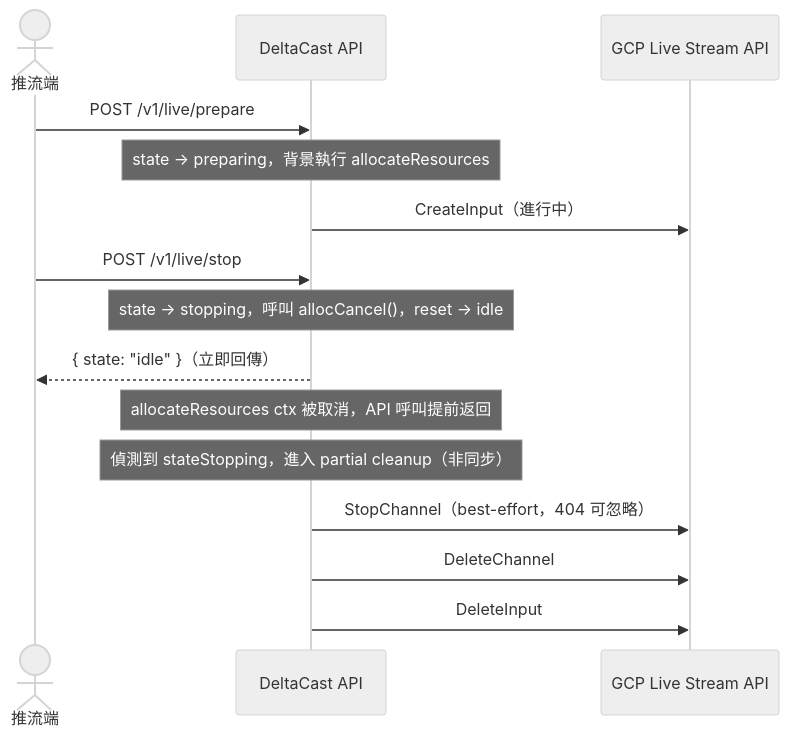
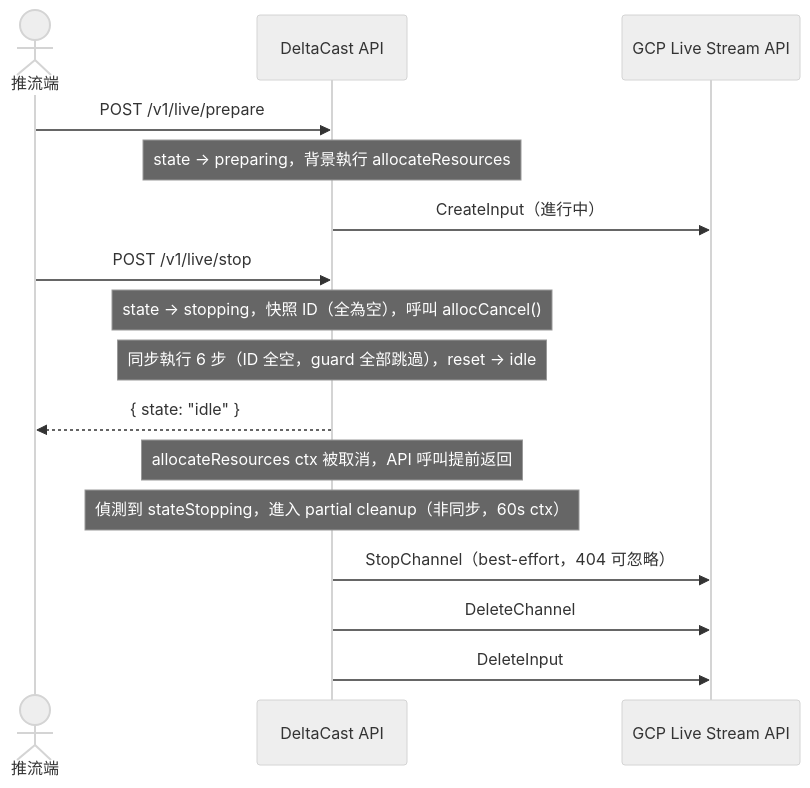
One commit to maxence2997/delta-cast changed the fifth of 5 diagrams in doc/spec.md. Above: the diagram before and after it, drawn with Mermaid (neutral theme). The commit also changed other lines of this file and 3 other files, not shown here.

````diff
--- a/doc/spec.md
+++ b/doc/spec.md
@@ -213,20 +214,21 @@
 ```mermaid
 sequenceDiagram
     actor Streamer as 推流端
     participant API as DeltaCast API
     participant GCP as GCP Live Stream API
 
     Streamer->>API: POST /v1/live/prepare
     Note over API: state → preparing，背景執行 allocateResources
     API->>GCP: CreateInput（進行中）
 
     Streamer->>API: POST /v1/live/stop
-    Note over API: state → stopping，呼叫 allocCancel()，reset → idle
-    API-->>Streamer: { state: "idle" }（立即回傳）
+    Note over API: state → stopping，快照 ID（全為空），呼叫 allocCancel()
+    Note over API: 同步執行 6 步（ID 全空，guard 全部跳過），reset → idle
+    API-->>Streamer: { state: "idle" }
 
     Note over API: allocateResources ctx 被取消，API 呼叫提前返回
-    Note over API: 偵測到 stateStopping，進入 partial cleanup（非同步）
+    Note over API: 偵測到 stateStopping，進入 partial cleanup（非同步，60s ctx）
     API->>GCP: StopChannel（best-effort，404 可忽略）
     API->>GCP: DeleteChannel
     API->>GCP: DeleteInput
 ```
````
